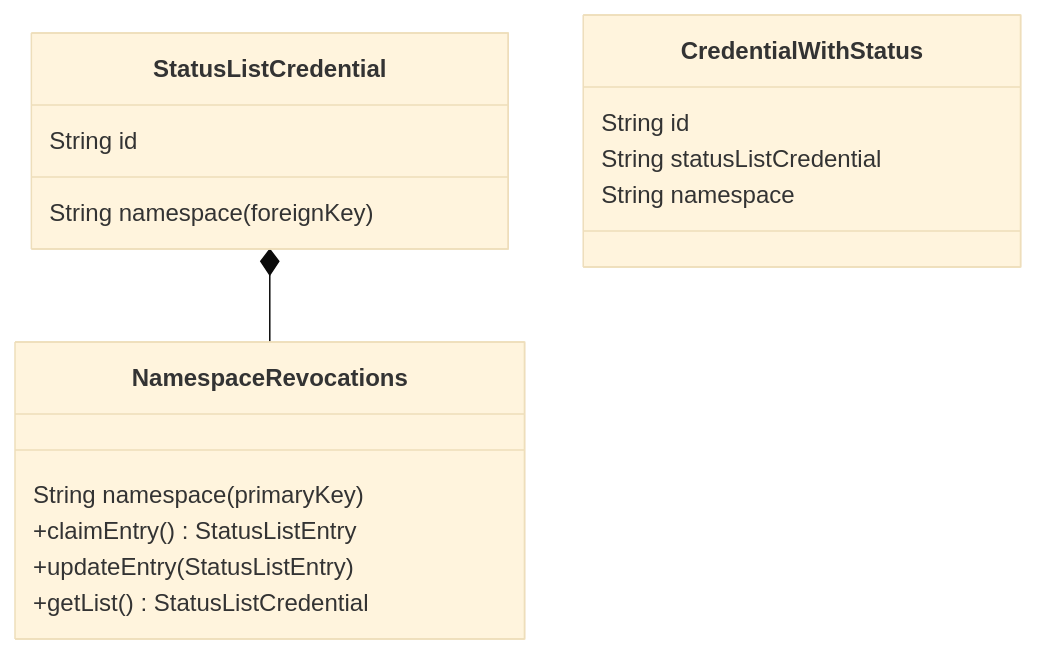
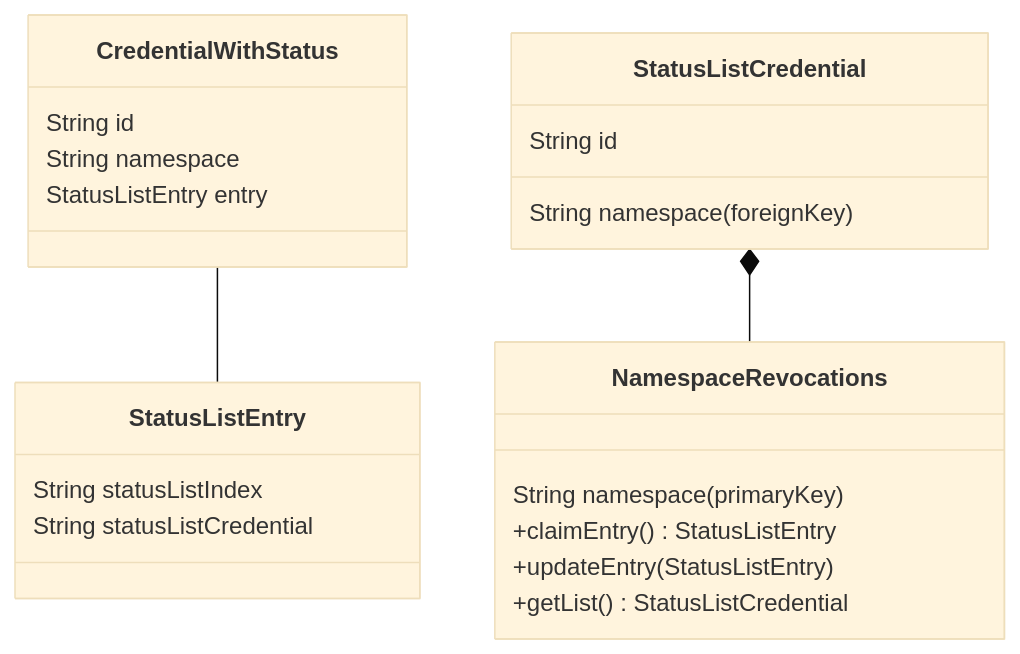
One commit to energywebfoundation/ssi-hub changed the fourth of 4 diagrams in docs/revocation.md. Above: the diagram before and after it, drawn with Mermaid (base theme).

Commit message:
docs(revocation): add StatusListEntry type

````diff
--- a/docs/revocation.md
+++ b/docs/revocation.md
@@ -103,19 +103,26 @@
 ```mermaid
 classDiagram
-StatusListCredential *-- NamespaceRevocations
+
+CredentialWithStatus -- StatusListEntry
 
 class CredentialWithStatus
 CredentialWithStatus : String id
-CredentialWithStatus : String statusListCredential
 CredentialWithStatus : String namespace
+CredentialWithStatus : StatusListEntry entry
+
+class StatusListEntry
+StatusListEntry : String statusListIndex
+StatusListEntry : String statusListCredential
+
+StatusListCredential *-- NamespaceRevocations
 
 class NamespaceRevocations
 NamespaceRevocations : String namespace (primaryKey)
 NamespaceRevocations : +claimEntry() StatusListEntry
 NamespaceRevocations : +updateEntry(StatusListEntry)
 NamespaceRevocations : +getList() StatusListCredential
 
 class StatusListCredential
 StatusListCredential : String id
 StatusListCredential : String namespace (foreignKey)
 ```
````
